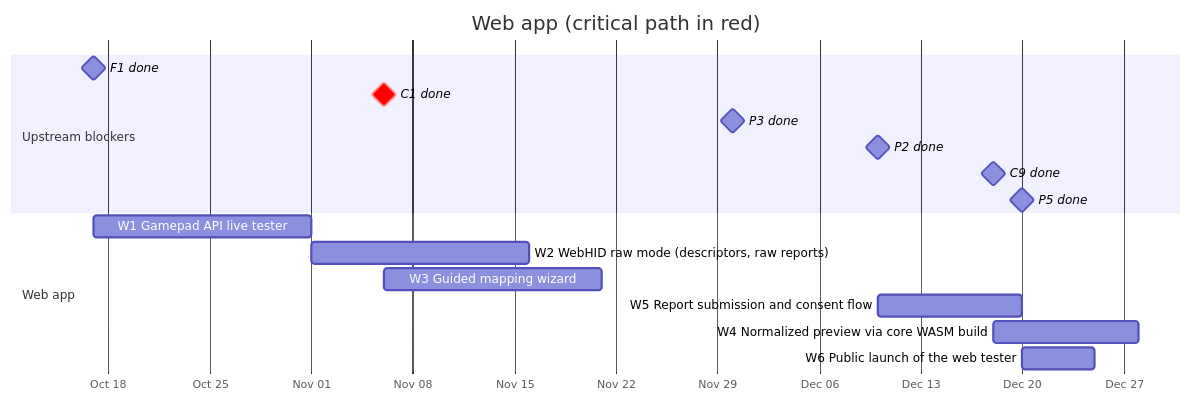
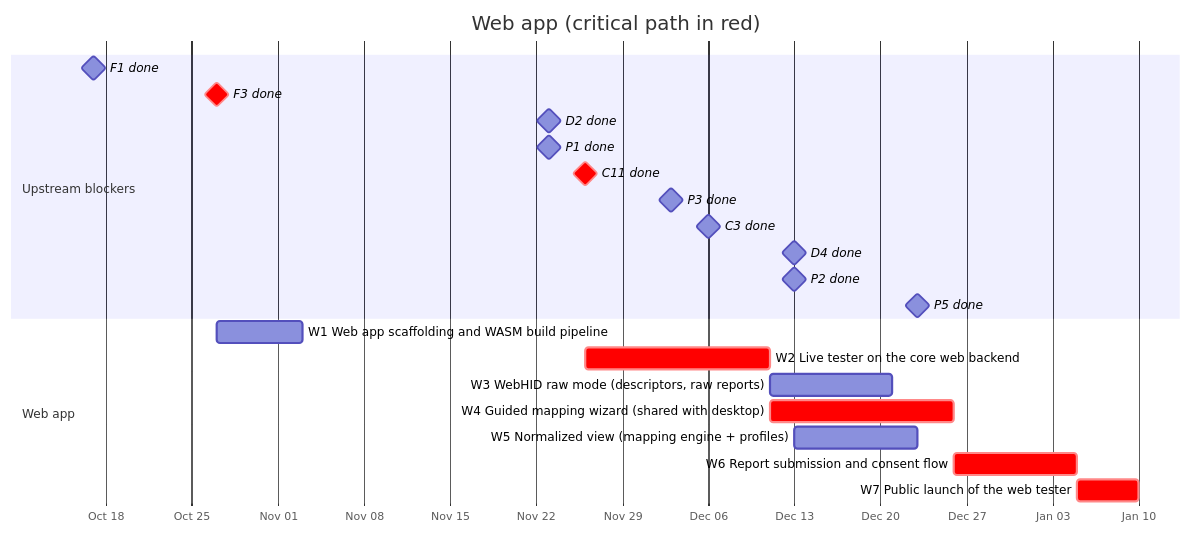
Before and after one commit to anygamepad/anygamepad.github.io: the diagram in ROADMAP/2026-10-10/04-web-app.md, drawn with Mermaid. The commit also changed other lines of this file and 9 other files, not shown here.

First line of the commit message:
Re-plan roadmap: web first, library via WASM, multi-provider input

````diff
--- a/ROADMAP/2026-10-10/04-web-app.md
+++ b/ROADMAP/2026-10-10/04-web-app.md
@@ -9,20 +15,25 @@
 ```mermaid
 gantt
     dateFormat YYYY-MM-DD
     axisFormat %b %d
     title Web app (critical path in red)
     section Upstream blockers
     F1 done :milestone, f1, 2026-10-17, 0d
-    C1 done :milestone, crit, c1, 2026-11-06, 0d
-    P3 done :milestone, p3, 2026-11-30, 0d
-    P2 done :milestone, p2, 2026-12-10, 0d
-    C9 done :milestone, c9, 2026-12-18, 0d
-    P5 done :milestone, p5, 2026-12-20, 0d
+    F3 done :milestone, crit, f3, 2026-10-27, 0d
+    D2 done :milestone, d2, 2026-11-23, 0d
+    P1 done :milestone, p1, 2026-11-23, 0d
+    C11 done :milestone, crit, c11, 2026-11-26, 0d
+    P3 done :milestone, p3, 2026-12-03, 0d
+    C3 done :milestone, c3, 2026-12-06, 0d
+    D4 done :milestone, d4, 2026-12-13, 0d
+    P2 done :milestone, p2, 2026-12-13, 0d
+    P5 done :milestone, p5, 2026-12-23, 0d
     section Web app
-    W1 Gamepad API live tester :w1, after f1, 15d
-    W2 WebHID raw mode (descriptors, raw reports) :w2, after w1, 15d
-    W3 Guided mapping wizard :w3, after w1 c1, 15d
-    W5 Report submission and consent flow :w5, after w3 p2 p3, 10d
-    W4 Normalized preview via core WASM build :w4, after w1 c9, 10d
-    W6 Public launch of the web tester :w6, after w5 p5, 5d
+    W1 Web app scaffolding and WASM build pipeline :w1, after f1 f3, 7d
+    W2 Live tester on the core web backend :crit, w2, after w1 c11, 15d
+    W3 WebHID raw mode (descriptors, raw reports) :w3, after w2, 10d
+    W4 Guided mapping wizard (shared with desktop) :crit, w4, after w2, 15d
+    W5 Normalized view (mapping engine + profiles) :w5, after w2 c3 d2 d4, 10d
+    W6 Report submission and consent flow :crit, w6, after w4 p1 p2 p3, 10d
+    W7 Public launch of the web tester :crit, w7, after w5 w6 p5, 5d
 ```
````
